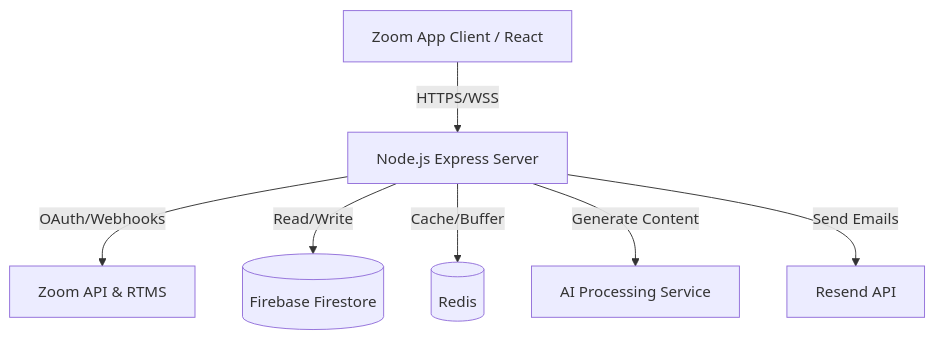
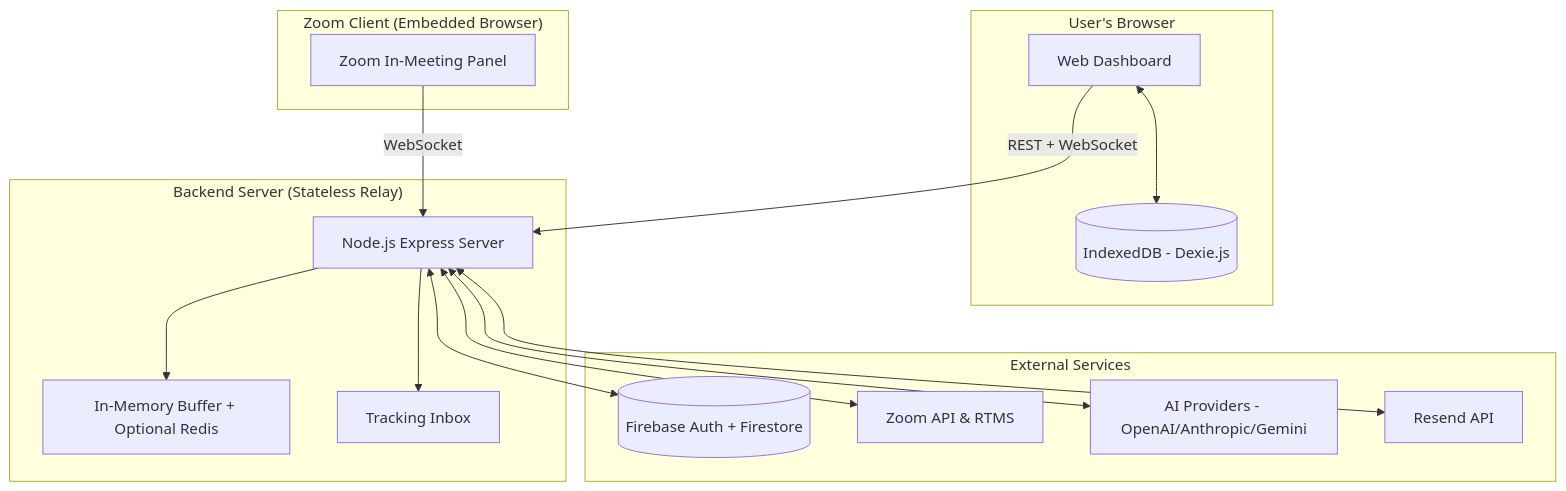
The diagram in TDD.md (akshatsha5ill/dealforge), drawn with Mermaid before and after one commit. The commit also changed other lines of this file and 170 other files, not shown here.

````diff
--- a/TDD.md
+++ b/TDD.md
@@ -18,9 +18,34 @@
 ```mermaid
 graph TD
-    Client[Zoom App Client / React] -->|HTTPS/WSS| Server[Node.js Express Server]
-    Server -->|OAuth/Webhooks| ZoomAPI[Zoom API & RTMS]
-    Server -->|Read/Write| Firebase[(Firebase Firestore)]
-    Server -->|Cache/Buffer| Redis[(Redis)]
-    Server -->|Generate Content| AI[AI Processing Service]
-    Server -->|Send Emails| EmailService[Resend API]
+    subgraph "Zoom Client (Embedded Browser)"
+        ZP[Zoom In-Meeting Panel]
+    end
+
+    subgraph "User's Browser"
+        WD[Web Dashboard]
+        IDB[(IndexedDB - Dexie.js)]
+    end
+
+    subgraph "Backend Server (Stateless Relay)"
+        Server[Node.js Express Server]
+        Buffer[In-Memory Buffer + Optional Redis]
+        Tracking[Tracking Inbox]
+    end
+
+    subgraph "External Services"
+        Firebase[(Firebase Auth + Firestore)]
+        ZoomAPI[Zoom API & RTMS]
+        AI[AI Providers - OpenAI/Anthropic/Gemini]
+        EmailService[Resend API]
+    end
+
+    ZP -->|WebSocket| Server
+    WD -->|REST + WebSocket| Server
+    WD <--> IDB
+    Server <--> Firebase
+    Server <--> ZoomAPI
+    Server <--> AI
+    Server <--> EmailService
+    Server --> Buffer
+    Server --> Tracking
 ```
````
